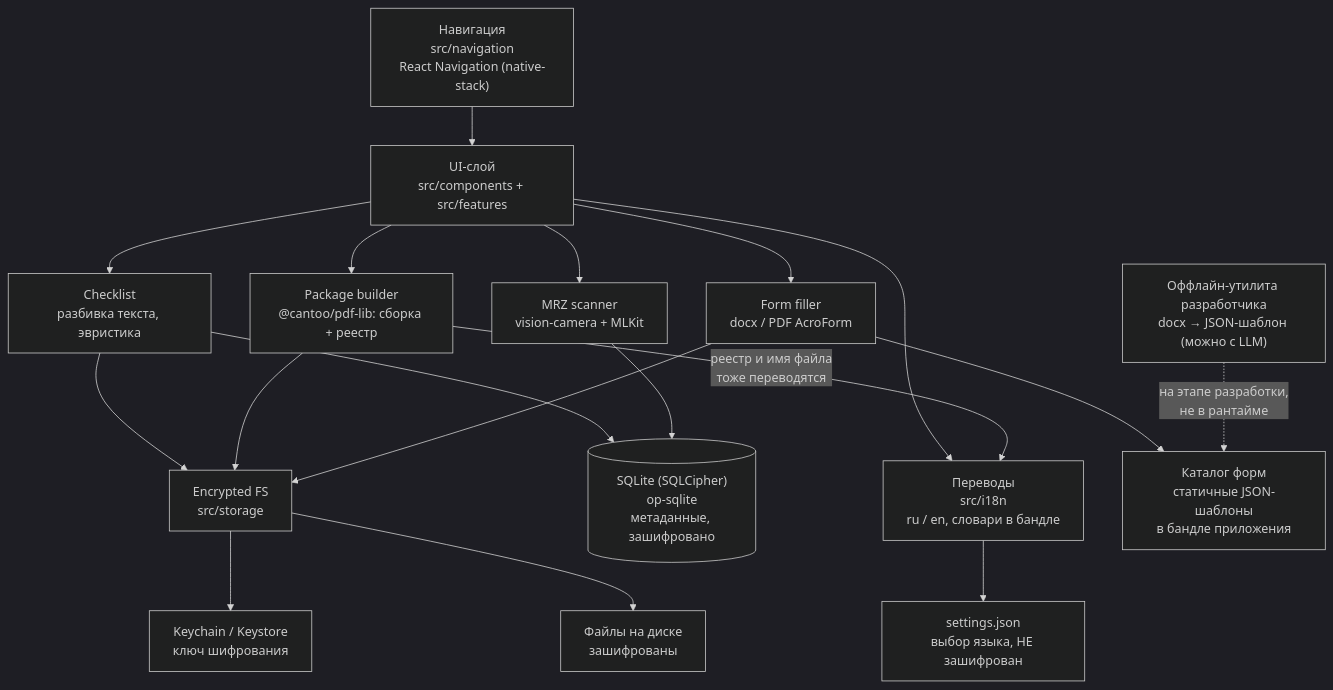
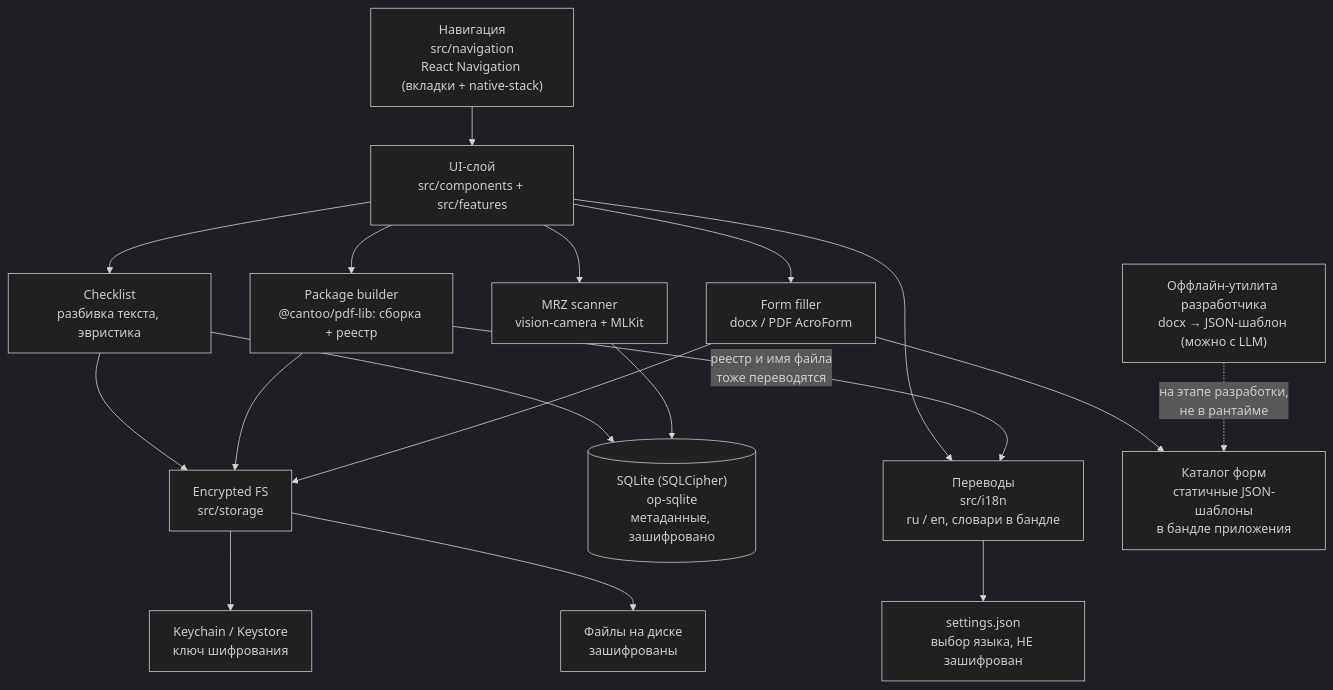
Before and after one commit to dplatonova1/go-docs: the diagram in docs/architecture.md, drawn with Mermaid (dark theme). The commit also changed 98 other files, not shown here.

````diff
--- a/docs/architecture.md
+++ b/docs/architecture.md
@@ -22,28 +22,28 @@
 ```mermaid
 graph TD
     UI["UI-слой<br/>src/components + src/features"]
-    NAV["Навигация<br/>src/navigation<br/>React Navigation (native-stack)"]
+    NAV["Навигация<br/>src/navigation<br/>React Navigation (вкладки + native-stack)"]
     I18N["Переводы<br/>src/i18n<br/>ru / en, словари в бандле"]
 
     NAV --> UI
     UI --> CHK["Checklist<br/>разбивка текста, эвристика"]
     UI --> PKG["Package builder<br/>@cantoo/pdf-lib: сборка + реестр"]
     UI --> FORMS["Form filler<br/>docx / PDF AcroForm"]
     UI --> MRZ["MRZ scanner<br/>vision-camera + MLKit"]
 
     UI --> I18N
     PKG -->|"реестр и имя файла<br/>тоже переводятся"| I18N
     I18N --> SET["settings.json<br/>выбор языка, НЕ зашифрован"]
 
     CHK --> DB[("SQLite (SQLCipher)<br/>op-sqlite<br/>метаданные, зашифровано")]
     CHK --> FS["Encrypted FS<br/>src/storage"]
     PKG --> FS
     FORMS --> FS
     FORMS --> CAT["Каталог форм<br/>статичные JSON-шаблоны<br/>в бандле приложения"]
     MRZ --> DB
 
     FS --> KEY["Keychain / Keystore<br/>ключ шифрования"]
     FS --> DISK["Файлы на диске<br/>зашифрованы"]
 
     DEV["Оффлайн-утилита разработчика<br/>docx → JSON-шаблон (можно с LLM)"] -.->|"на этапе разработки,<br/>не в рантайме"| CAT
 ```
````
